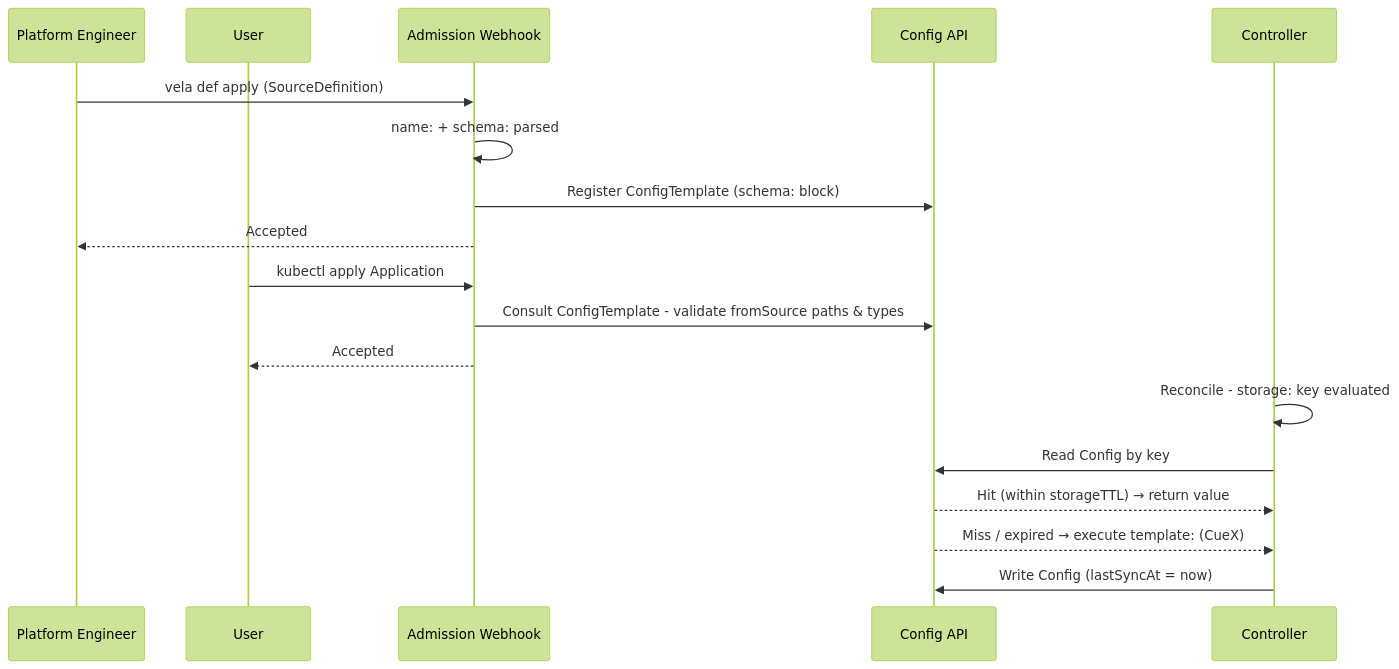
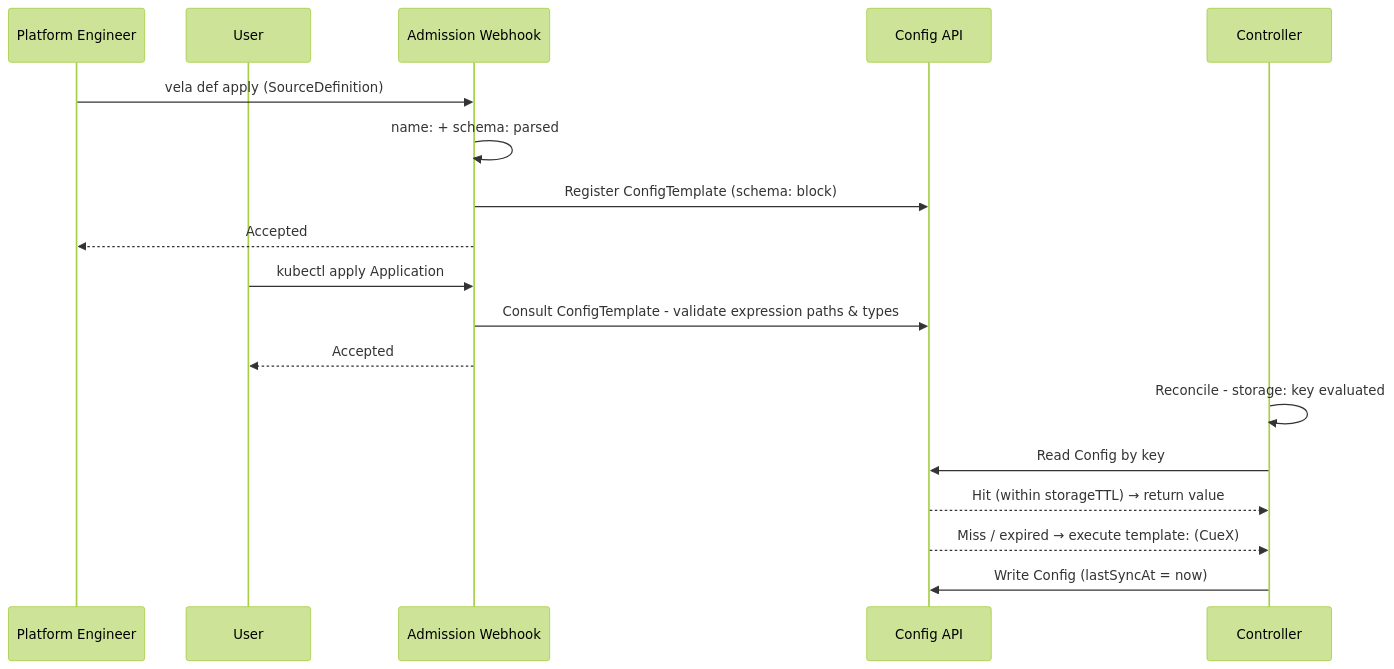
One commit to guidewire-oss/kubevela changed the second of 4 diagrams in design/vela-core/keps/2.16-source-definition/README.md. Above: the diagram before and after it, drawn with Mermaid (forest theme). The commit also changed other lines of this file, not shown here.

````diff
--- a/design/vela-core/keps/2.16-source-definition/README.md
+++ b/design/vela-core/keps/2.16-source-definition/README.md
@@ -952,23 +113,23 @@
 ```mermaid
 sequenceDiagram
     participant PE as Platform Engineer
     participant U as User
     participant AW as Admission Webhook
     participant CA as Config API
     participant Ctrl as Controller
 
     PE->>AW: vela def apply (SourceDefinition)
     AW->>AW: name: + schema: parsed
     AW->>CA: Register ConfigTemplate (schema: block)
     AW-->>PE: Accepted
 
     U->>AW: kubectl apply Application
-    AW->>CA: Consult ConfigTemplate - validate fromSource paths & types
+    AW->>CA: Consult ConfigTemplate - validate expression paths & types
     AW-->>U: Accepted
 
     Ctrl->>Ctrl: Reconcile - storage: key evaluated
     Ctrl->>CA: Read Config by key
     CA-->>Ctrl: Hit (within storageTTL) → return value
     CA-->>Ctrl: Miss / expired → execute template: (CueX)
     Ctrl->>CA: Write Config (lastSyncAt = now)
 ```
````
